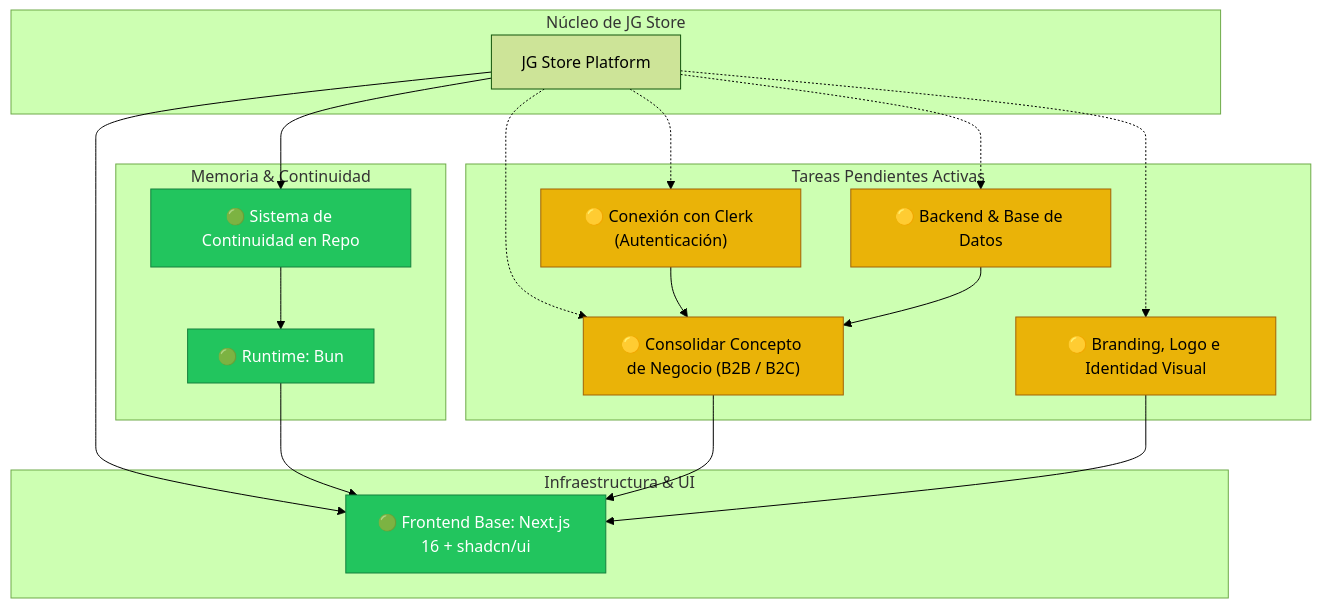
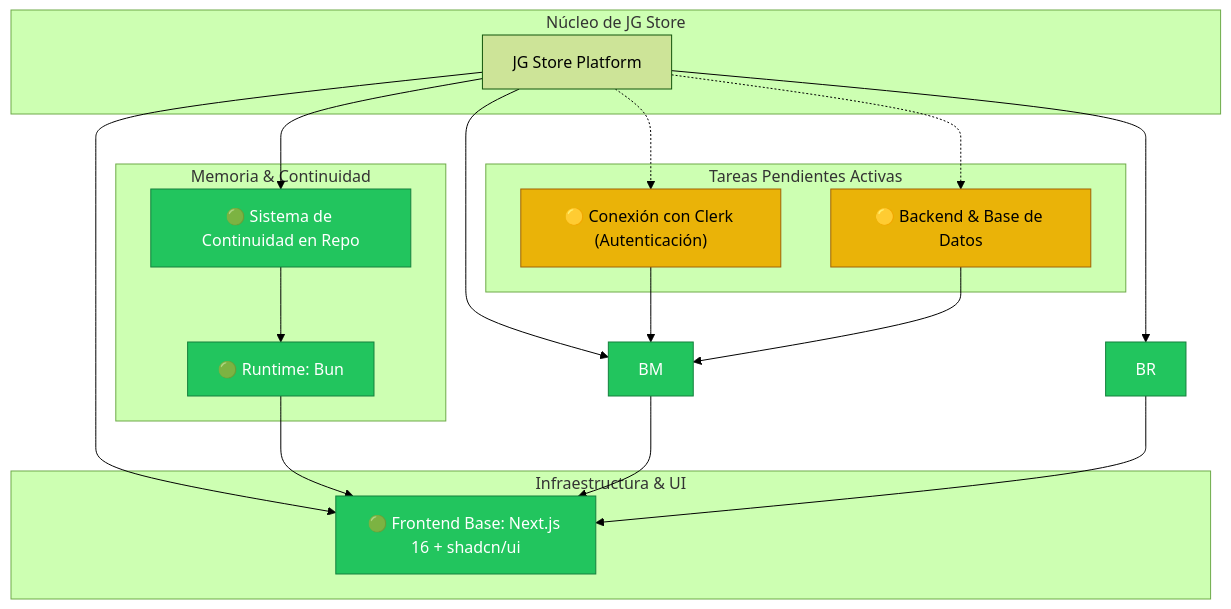
One commit to CientificoJose/jg-store changed the diagram in .agents/knowledge/graph.md. Above: the diagram before and after it, drawn with Mermaid (forest theme). The commit also changed other lines of this file and 12 other files, not shown here.

````diff
--- a/.agents/knowledge/graph.md
+++ b/.agents/knowledge/graph.md
@@ -10,43 +10,41 @@
 ```mermaid
 graph TD
     subgraph Core [Núcleo de JG Store]
         JG[JG Store Platform]
     end
 
     subgraph Memoria [Memoria & Continuidad]
         CS[🟢 Sistema de Continuidad en Repo]
         BUN[🟢 Runtime: Bun]
     end
 
     subgraph Fundacion [Infraestructura & UI]
         FE[🟢 Frontend Base: Next.js 16 + shadcn/ui]
     end
 
     subgraph Pendientes [Tareas Pendientes Activas]
-        BM["🟡 Consolidar Concepto de Negocio (B2B / B2C)"]
-        BR["🟡 Branding, Logo e Identidad Visual"]
         CL["🟡 Conexión con Clerk (Autenticación)"]
         DB["🟡 Backend & Base de Datos"]
     end
 
     JG --> CS
     JG --> FE
     CS --> BUN
     BUN --> FE
     
-    JG -.-> BM
-    JG -.-> BR
+    JG --> BM
+    JG --> BR
     JG -.-> CL
     JG -.-> DB
     
     BM --> FE
     BR --> FE
     CL --> BM
     DB --> BM
 
     classDef completed fill:#22c55e,stroke:#15803d,color:#fff;
     classDef pending fill:#eab308,stroke:#a16207,color:#000;
     
-    class CS,BUN,FE completed;
-    class BM,BR,CL,DB pending;
+    class CS,BUN,FE,BR,BM completed;
+    class CL,DB pending;
 ```
````
